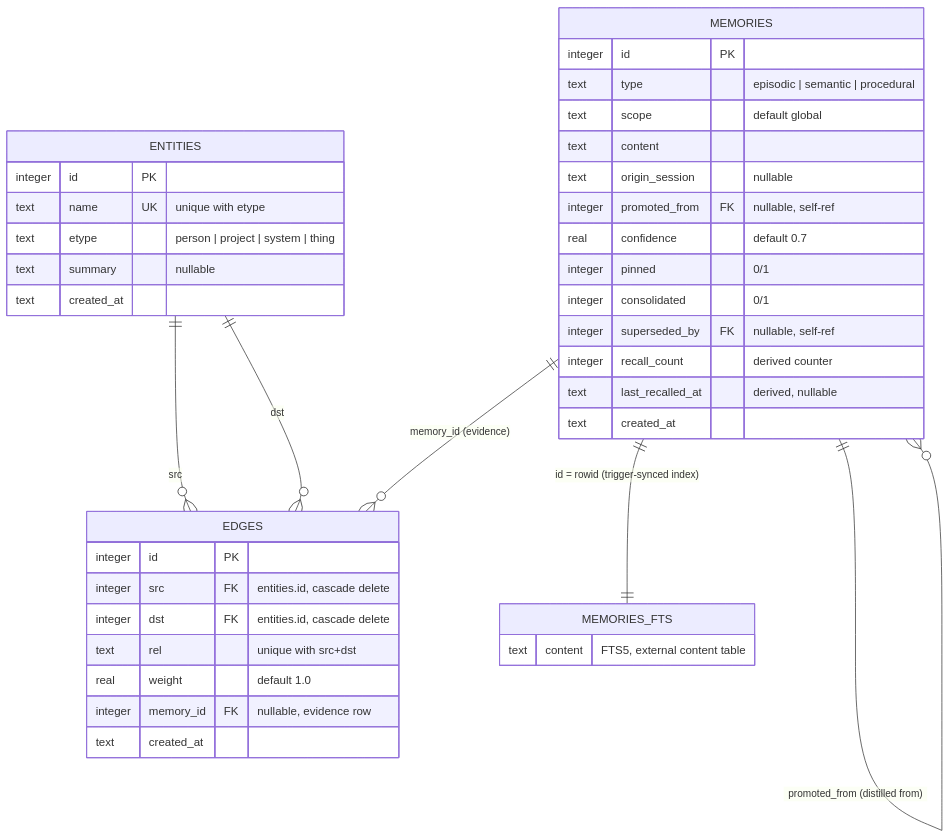
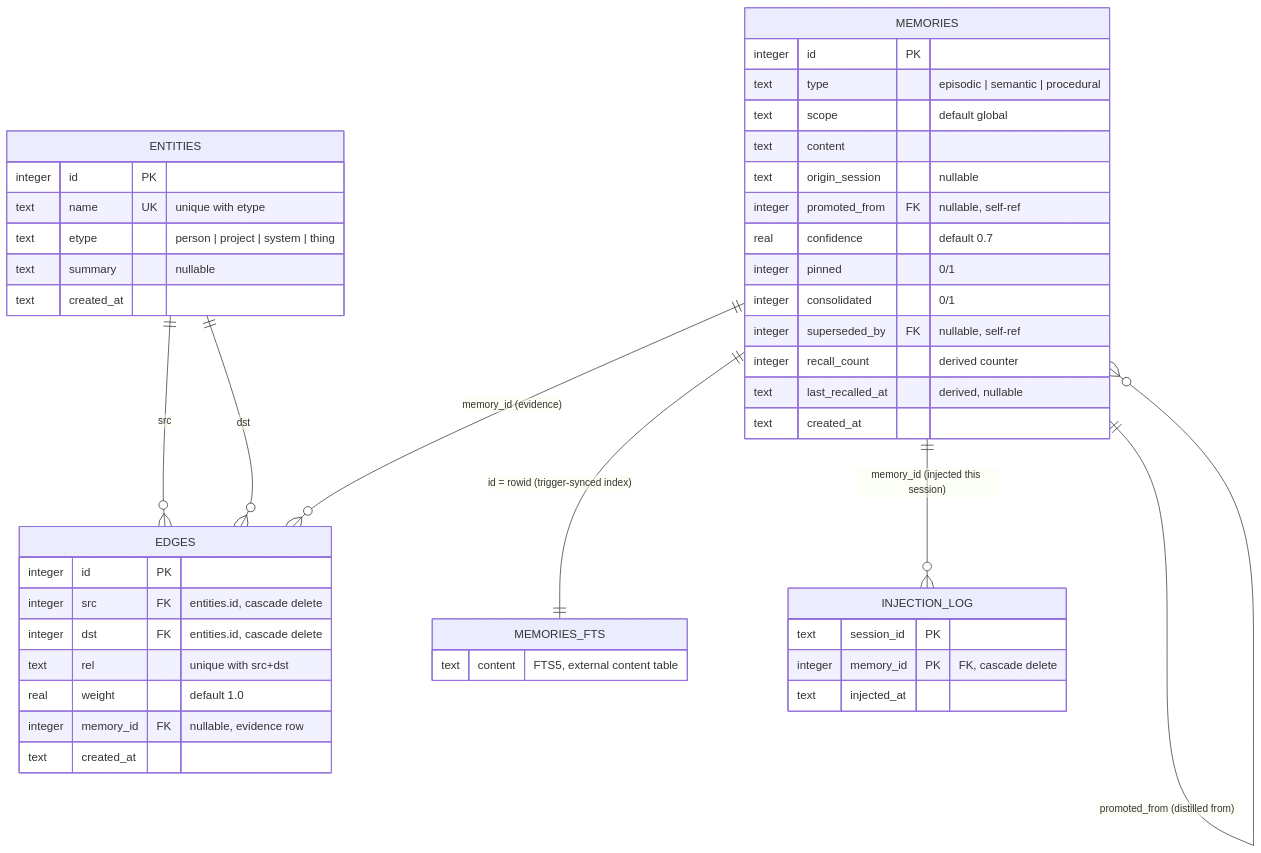
The first of 2 diagrams in docs/data-architecture.md (ddmsolutions/ai-memory), drawn with Mermaid before and after one commit. The commit also changed other lines of this file and 8 other files, not shown here.

````diff
--- a/docs/data-architecture.md
+++ b/docs/data-architecture.md
@@ -9,47 +9,54 @@
 ```mermaid
 erDiagram
     MEMORIES ||--o{ MEMORIES : "superseded_by (corrects)"
     MEMORIES ||--o{ MEMORIES : "promoted_from (distilled from)"
     ENTITIES ||--o{ EDGES : "src"
     ENTITIES ||--o{ EDGES : "dst"
     MEMORIES ||--o{ EDGES : "memory_id (evidence)"
     MEMORIES ||--|| MEMORIES_FTS : "id = rowid (trigger-synced index)"
+    MEMORIES ||--o{ INJECTION_LOG : "memory_id (injected this session)"
 
     MEMORIES {
         integer id PK
         text type "episodic | semantic | procedural"
         text scope "default global"
         text content
         text origin_session "nullable"
         integer promoted_from FK "nullable, self-ref"
         real confidence "default 0.7"
         integer pinned "0/1"
         integer consolidated "0/1"
         integer superseded_by FK "nullable, self-ref"
         integer recall_count "derived counter"
         text last_recalled_at "derived, nullable"
         text created_at
     }
 
     ENTITIES {
         integer id PK
         text name UK "unique with etype"
         text etype "person | project | system | thing"
         text summary "nullable"
         text created_at
     }
 
     EDGES {
         integer id PK
         integer src FK "entities.id, cascade delete"
         integer dst FK "entities.id, cascade delete"
         text rel "unique with src+dst"
         real weight "default 1.0"
         integer memory_id FK "nullable, evidence row"
         text created_at
     }
 
     MEMORIES_FTS {
         text content "FTS5, external content table"
     }
+
+    INJECTION_LOG {
+        text session_id PK
+        integer memory_id PK "FK, cascade delete"
+        text injected_at
+    }
 ```
````
